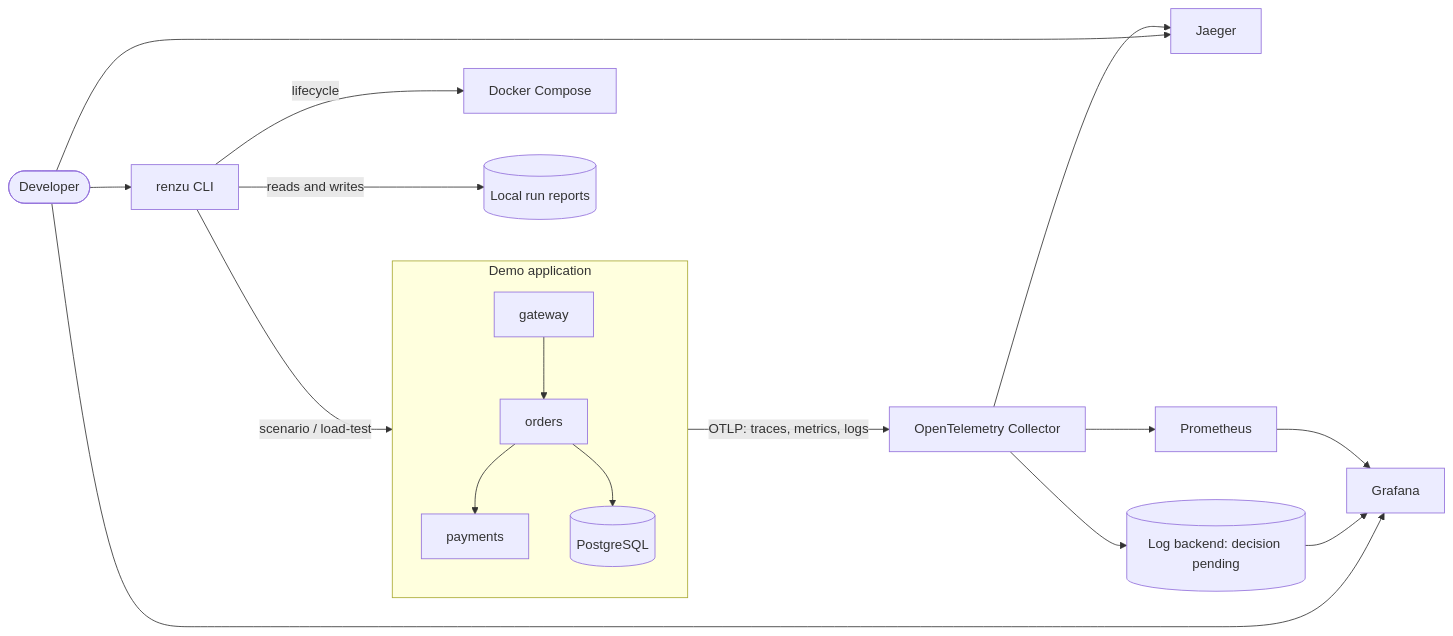
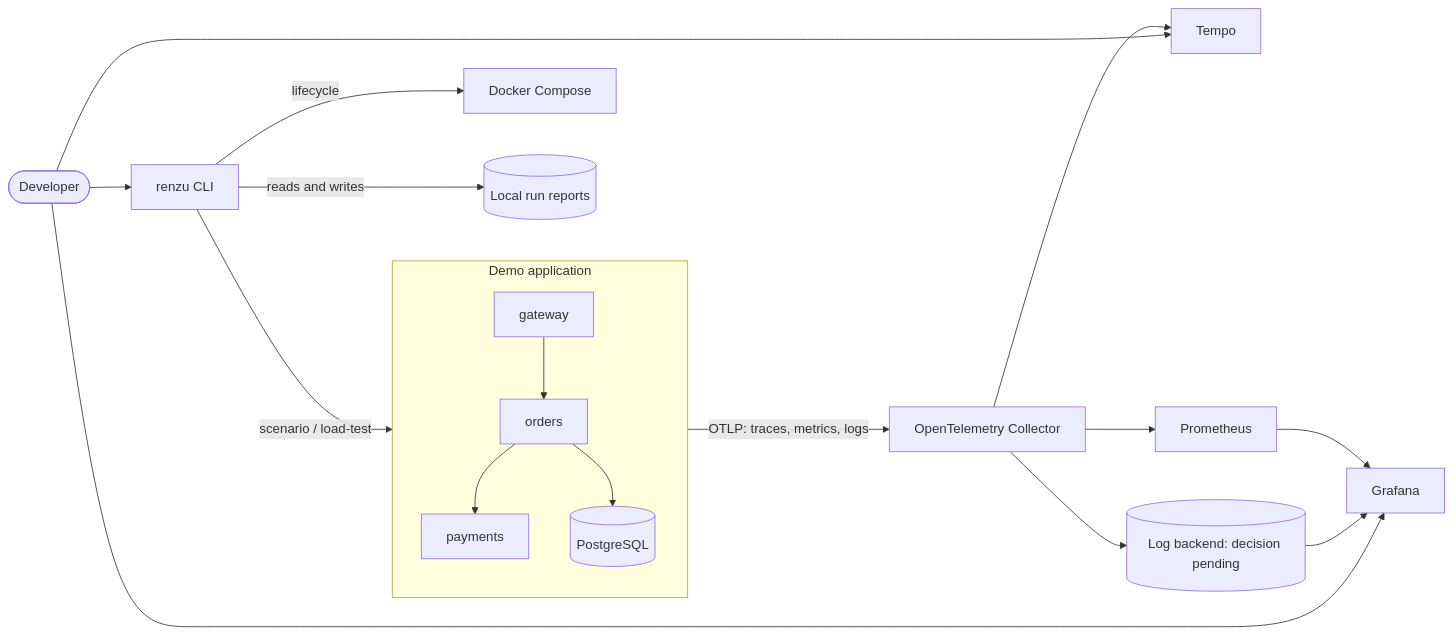
One commit to mavomen/renzu changed the first of 2 diagrams in docs/ARCHITECTURE.md. Above: the diagram before and after it, drawn with Mermaid. The commit also changed other lines of this file and 5 other files, not shown here.

Commit message:
feat(decisions): select tempo as trace backend replacing jaeger

````diff
--- a/docs/ARCHITECTURE.md
+++ b/docs/ARCHITECTURE.md
@@ -29,22 +29,22 @@
 ```mermaid
 flowchart LR
     Dev([Developer]) --> CLI[renzu CLI]
     CLI -->|lifecycle| Compose[Docker Compose]
     CLI -->|scenario / load-test| Apps
     CLI -->|reads and writes| Reports[(Local run reports)]
 
     subgraph Apps[Demo application]
         GW[gateway] --> ORD[orders]
         ORD --> PAY[payments]
         ORD --> PG[(PostgreSQL)]
     end
 
     Apps -->|OTLP: traces, metrics, logs| COL[OpenTelemetry Collector]
-    COL --> JAE[Jaeger]
+    COL --> TEM[Tempo]
     COL --> PROM[Prometheus]
     COL --> LOGS[(Log backend: decision pending)]
     PROM --> GRAF[Grafana]
     LOGS --> GRAF
-    Dev --> JAE
+    Dev --> TEM
     Dev --> GRAF
 ```
````
